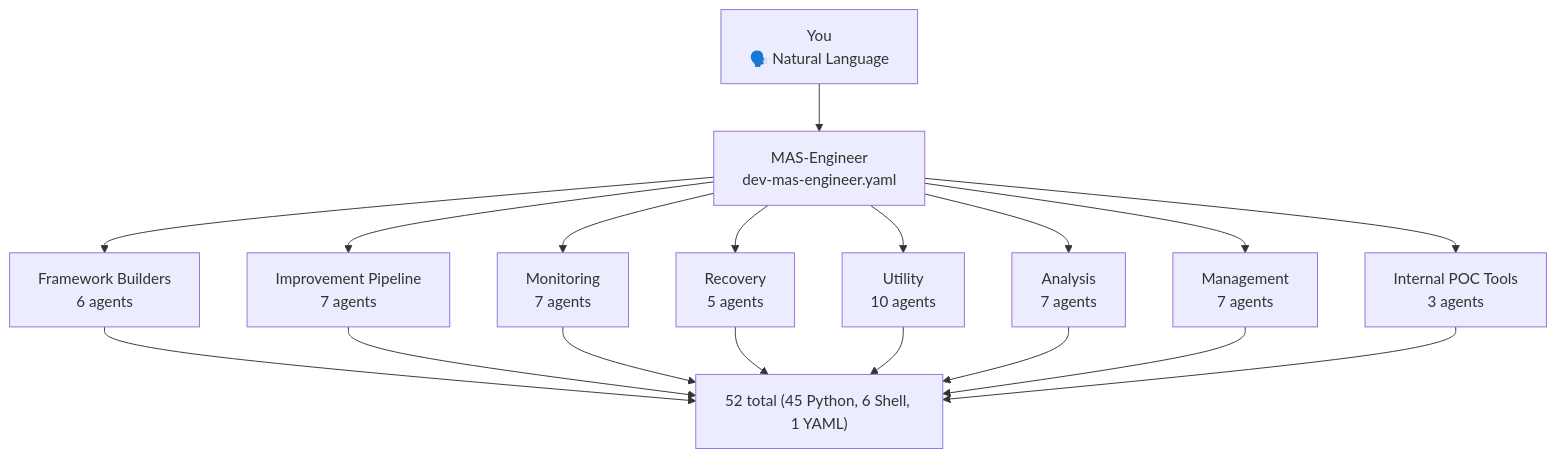
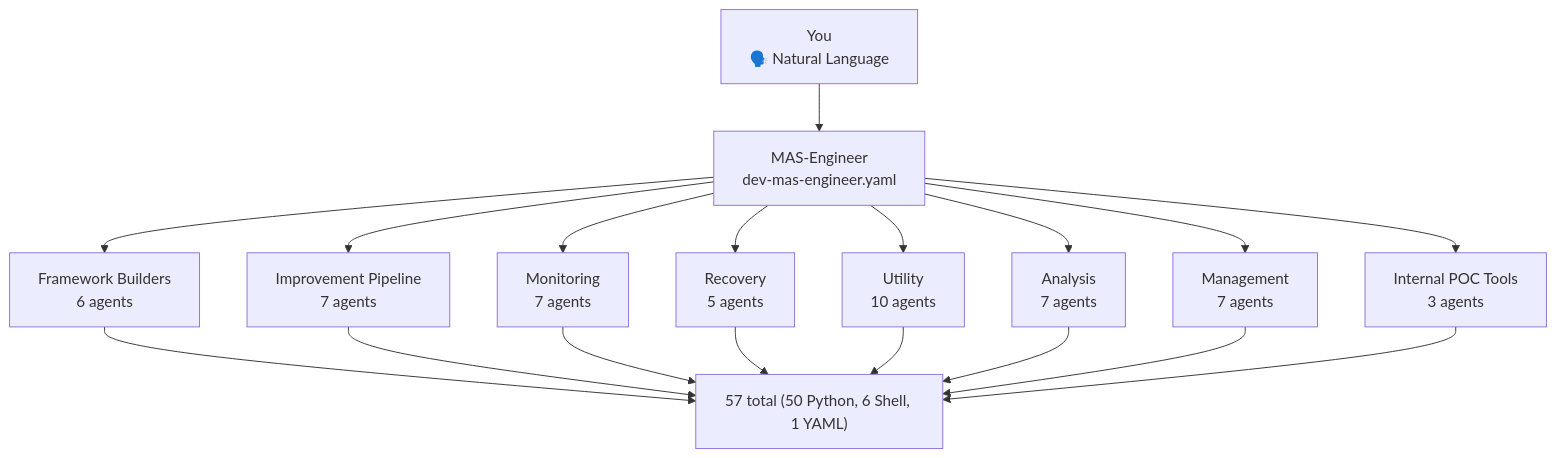
Before and after one commit to mczardybon/mas-engineer: the second of 6 diagrams in README.md, drawn with Mermaid. The commit also changed other lines of this file and 14 other files, not shown here.

````diff
--- a/README.md
+++ b/README.md
@@ -252,13 +272,13 @@
 ```mermaid
 flowchart TD
     YOU["You\n🗣️ Natural Language"] --> ENGINEER["MAS-Engineer\ndev-mas-engineer.yaml"]
     ENGINEER --> FB["Framework Builders\n6 agents"]
     ENGINEER --> IP["Improvement Pipeline\n7 agents"]
     ENGINEER --> MON["Monitoring\n7 agents"]
     ENGINEER --> REC["Recovery\n5 agents"]
     ENGINEER --> UT["Utility\n10 agents"]
     ENGINEER --> AN["Analysis\n7 agents"]
     ENGINEER --> MG["Management\n7 agents"]
     ENGINEER --> POC["Internal POC Tools\n3 agents"]
-    FB & IP & MON & REC & UT & AN & MG & POC --> TOOLS["52 total (45 Python, 6 Shell, 1 YAML)"]
+    FB & IP & MON & REC & UT & AN & MG & POC --> TOOLS["57 total (50 Python, 6 Shell, 1 YAML)"]
 ```
````
